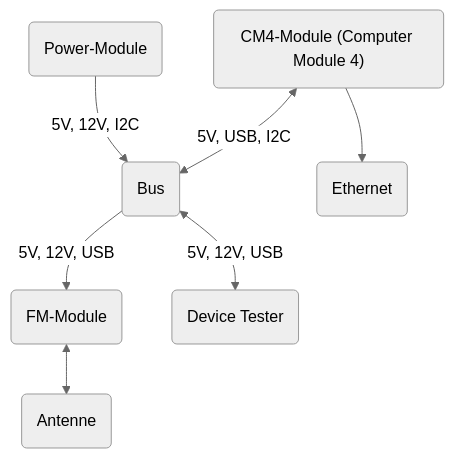
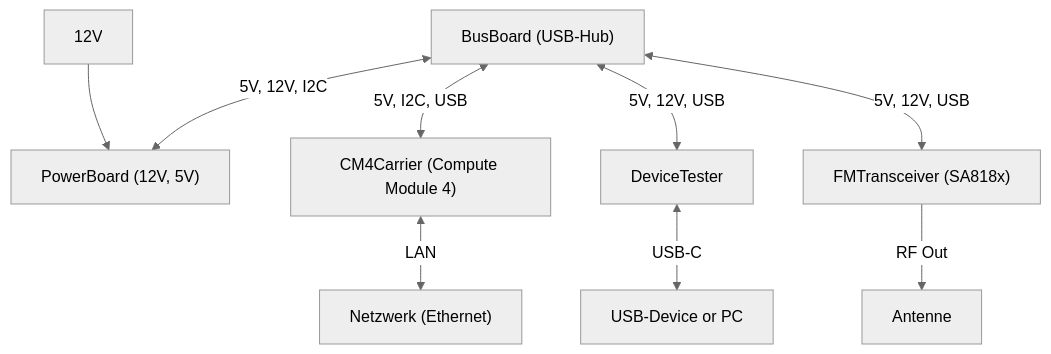
The diagram in docs/publikationen/qsp-10-2025.md (OE5XRX/OE5XRX.github.io), drawn with Mermaid (neutral theme) before and after one commit. The commit also changed other lines of this file, not shown here.

Commit message:
qsp artikel update

````diff
--- a/docs/publikationen/qsp-10-2025.md
+++ b/docs/publikationen/qsp-10-2025.md
@@ -73,61 +71,33 @@
 ```mermaid
 flowchart TB
-  %% ==========================================
-  %% OE5XRX Remote-Station – Blockschaltbild (v0.2)
-  %% ==========================================
+  %% Backplane / Bus-Systeme
+  BUS["BusBoard (USB-Hub)"]
 
-POWER("Power-Module")
-BUS("Bus")
-CM4("CM4-Module (Computer Module 4)")
-FM("FM-Module")
-ANT("Antenne")
-TEST("Device Tester")
-ETH("Ethernet")
+  POWER["PowerBoard (12V, 5V)"]
+  CM4["CM4Carrier (Compute Module 4)"]
+  FM["FMTransceiver (SA818x)"]
+  TEST["DeviceTester"]
 
-POWER -- 5V, 12V, I2C --> BUS
-CM4 <-- 5V, USB, I2C --> BUS
-CM4 --> ETH
-BUS -- 5V, 12V, USB --> FM
-FM <--> ANT
-BUS <-- 5V, 12V, USB --> TEST
+  NET["Netzwerk (Ethernet)"]
+  ANT["Antenne"]
+  USBDEVICE["USB-Device or PC"]
+  PWR["12V"]
 
-%%  %% Backplane / Bus-Systeme
-%%  subgraph BUS["BUS / Backplane"]
-%%    PWR["Power-Bus (5V / 3V3)"]
-%%    CTRL["Control/IO-Bus (GPIO / I²C / UART)"]
-%%    NET["Netzwerk (Ethernet)"]
-%%  end
-
-%%  %% Module (aktuell implementiert)
-%%  subgraph MOD["Module (aktuell, Version 0.2)"]
-%%    CM4["CM4-Platine (Compute Module 4)"]
-%%    POWER["Power-Platine"]
-%%    TEST["Device-Tester-Platine"]
-%%    FM["FM-Platine (SA818V + STM32)"]
-%%  end
-
-%%  %% Extern (optional)
-%%  subgraph EXT["Extern (optional)"]
-%%    ANT["Antenne"]
-%%  end
-
-%%  %% Versorgungsstruktur
-%%  POWER -->|Einspeisung| PWR
-%%  PWR --> CM4
-%%  PWR --> TEST
-%%  PWR --> FM
-
-%%  %% Steuer-/IO-Bus
-%%  CM4 <-->|Steuerung/IO| CTRL
-%%  TEST <-->|Mess/IO| CTRL
-%%  FM <-->|PTT/UART| CTRL
+  %% Versorgungsstruktur
+  BUS <--> |5V, 12V, I2C| POWER
+  BUS <--> |5V, I2C, USB| CM4
+  BUS <--> |5V, 12V, USB| TEST
+  BUS <--> |5V, 12V, USB| FM
 
   %% Netzwerk
-%%  CM4 <-->|LAN| NET
+  CM4 <-->|LAN| NET
+
+  %% USB Tester
+  TEST <-->|USB-C| USBDEVICE
 
   %% HF-Pfad (optional)
-%%  FM -->|RF Out| ANT
+  FM -->|RF Out| ANT
 
-  %% Anmerkung
-  %%note over BUS,MOD: Backplane stellt mechanische & elektrische Verbindung bereit
+  %% Versorgung
+  PWR --> POWER
 ```
````
